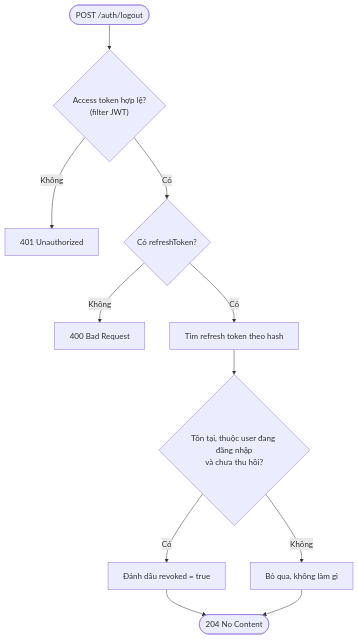
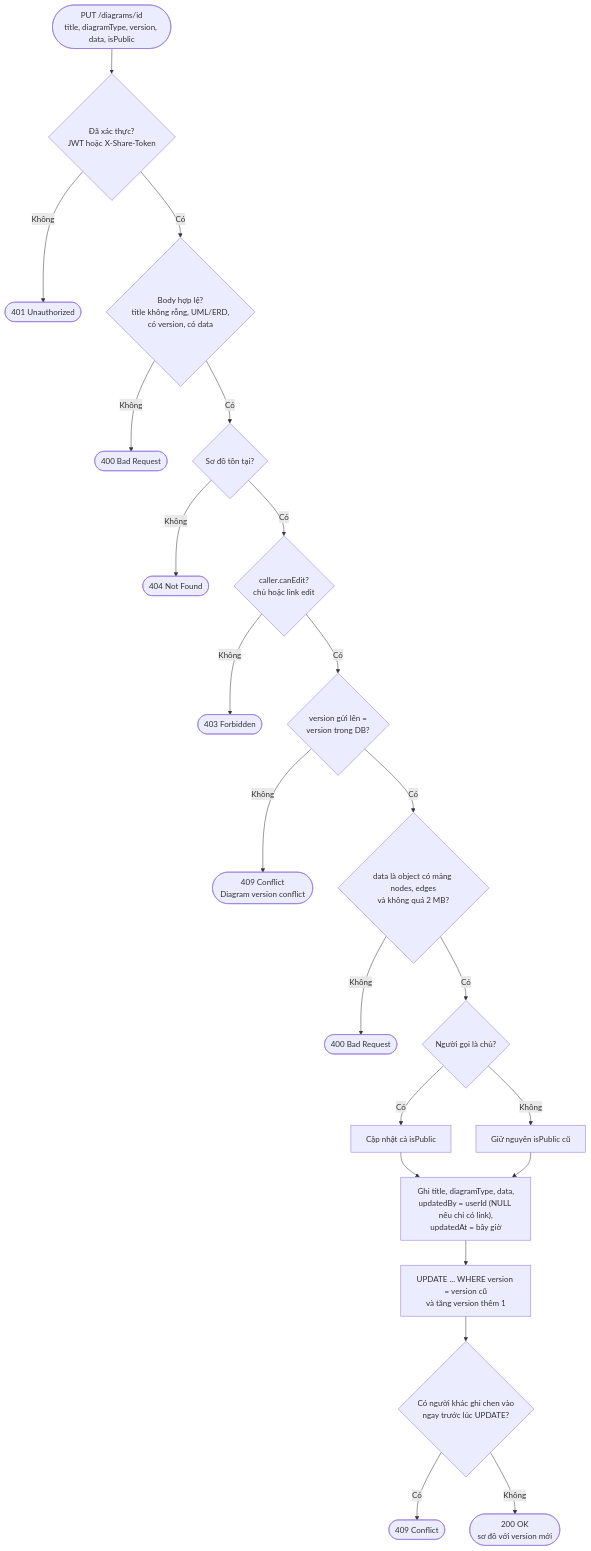
One commit to Phamminh161005/CourseHub changed the fourth of 7 diagrams in docs/luong-nghiep-vu.md. Above: the diagram before and after it, drawn with Mermaid. The commit also changed other lines of this file and 4 other files, not shown here.

````diff
--- a/docs/luong-nghiep-vu.md
+++ b/docs/luong-nghiep-vu.md
@@ -65,13 +104,24 @@
 ```mermaid
 flowchart TD
-    A(["POST /auth/logout"]) --> B{"Access token hợp lệ?<br/>(filter JWT)"}
-    B -- Không --> E401["401 Unauthorized"]
-    B -- Có --> C{"Có refreshToken?"}
-    C -- Không --> E400["400 Bad Request"]
-    C -- Có --> D["Tìm refresh token theo hash"]
-    D --> E{"Tồn tại, thuộc user đang đăng nhập<br/>và chưa thu hồi?"}
-    E -- Có --> F["Đánh dấu revoked = true"]
-    E -- Không --> G["Bỏ qua, không làm gì"]
-    F --> H(["204 No Content"])
-    G --> H
+    A(["PUT /diagrams/id<br/>title, diagramType, version, data, isPublic"]) --> AU{"Đã xác thực?<br/>JWT hoặc X-Share-Token"}
+    AU -- Không --> E401(["401 Unauthorized"])
+    AU -- Có --> B{"Body hợp lệ?<br/>title không rỗng, UML/ERD,<br/>có version, có data"}
+    B -- Không --> E400a(["400 Bad Request"])
+    B -- Có --> C{"Sơ đồ tồn tại?"}
+    C -- Không --> E404(["404 Not Found"])
+    C -- Có --> D{"caller.canEdit?<br/>chủ hoặc link edit"}
+    D -- Không --> E403(["403 Forbidden"])
+    D -- Có --> V{"version gửi lên =<br/>version trong DB?"}
+    V -- Không --> E409a(["409 Conflict<br/>Diagram version conflict"])
+    V -- Có --> J{"data là object có mảng nodes, edges<br/>và không quá 2 MB?"}
+    J -- Không --> E400b(["400 Bad Request"])
+    J -- Có --> M{"Người gọi là chủ?"}
+    M -- Có --> P1["Cập nhật cả isPublic"]
+    M -- Không --> P2["Giữ nguyên isPublic cũ"]
+    P1 --> S["Ghi title, diagramType, data,<br/>updatedBy = userId (NULL nếu chỉ có link),<br/>updatedAt = bây giờ"]
+    P2 --> S
+    S --> W["UPDATE ... WHERE version = version cũ<br/>và tăng version thêm 1"]
+    W --> R{"Có người khác ghi chen vào<br/>ngay trước lúc UPDATE?"}
+    R -- Có --> E409b(["409 Conflict"])
+    R -- Không --> OK(["200 OK<br/>sơ đồ với version mới"])
 ```
````
